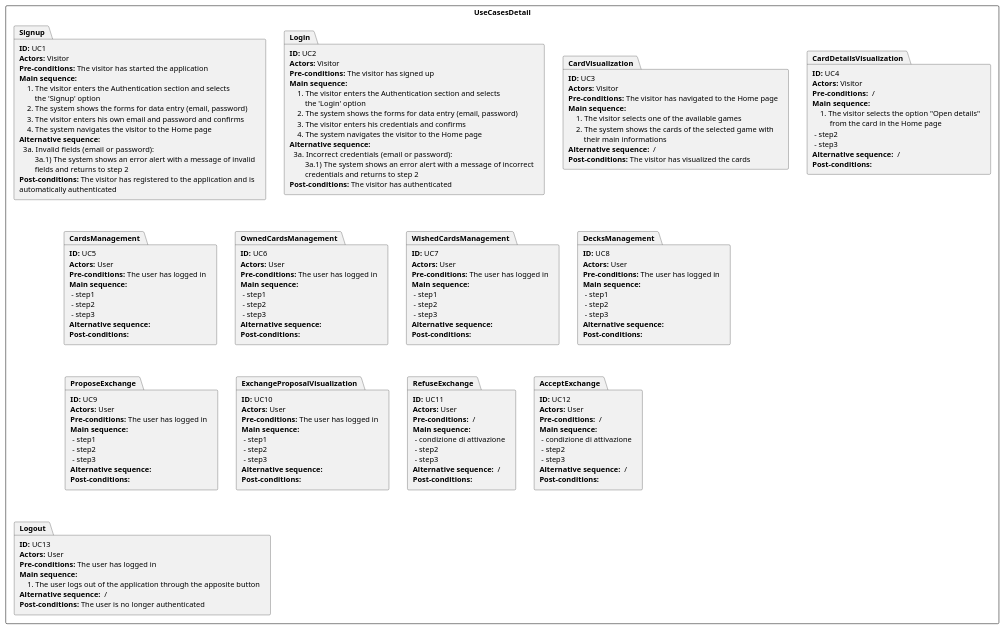
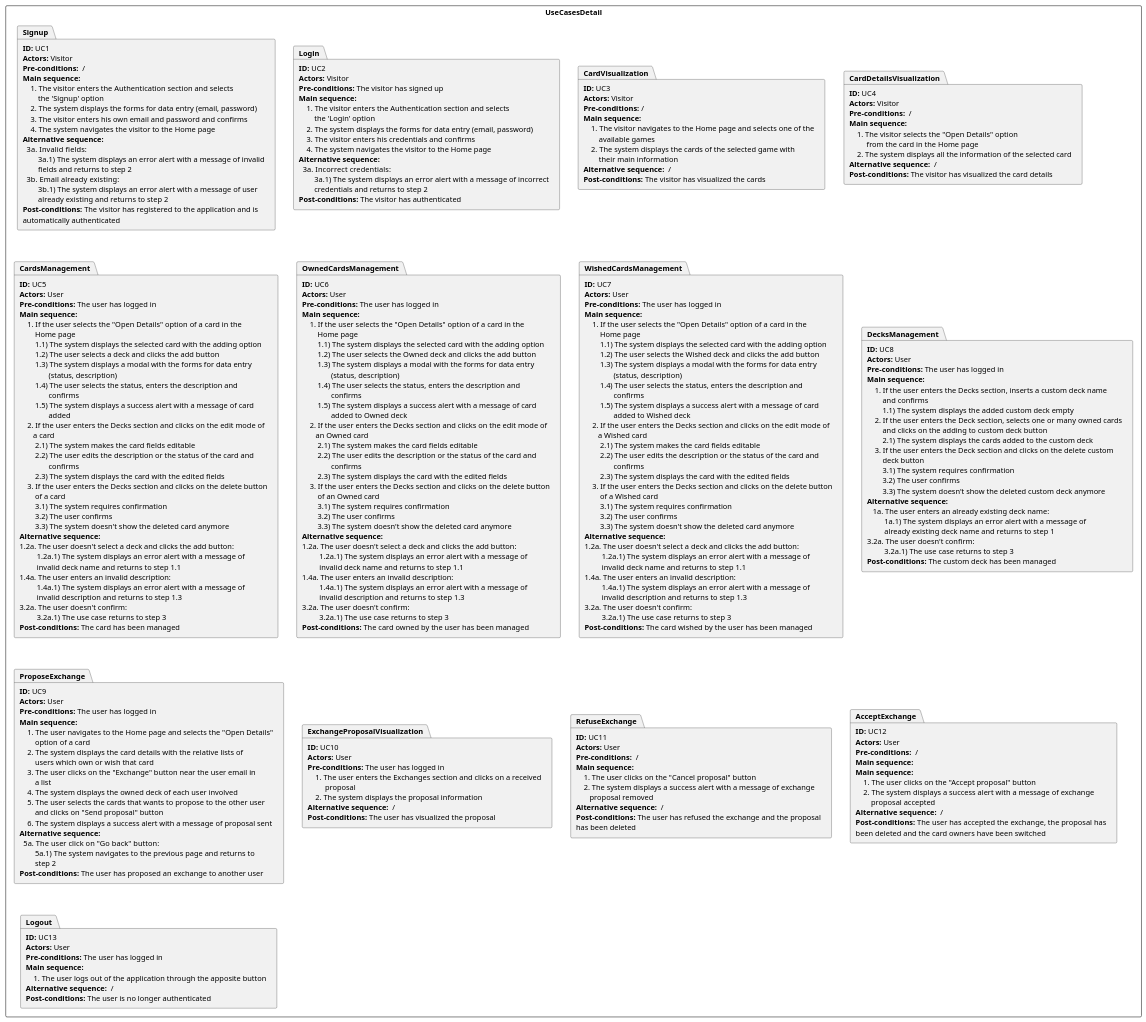
One commit to alessioarcara/Card-Exchange changed the diagram in DOC/Inception/Artifacts/UseCasesModel/UseCasesDetail.puml. Above: the diagram before and after it, drawn with PlantUML. The commit also changed 23 other files, not shown here.

```diff
--- a/DOC/Inception/Artifacts/UseCasesModel/UseCasesDetail.puml
+++ b/DOC/Inception/Artifacts/UseCasesModel/UseCasesDetail.puml
@@ -4,17 +4,20 @@
     package Signup [
     **ID:** UC1
     **Actors:** Visitor
-    **Pre-conditions:** The visitor has started the application
+    **Pre-conditions:**  /
     **Main sequence:**
         1. The visitor enters the Authentication section and selects
             the 'Signup' option
-        2. The system shows the forms for data entry (email, password)
+        2. The system displays the forms for data entry (email, password)
         3. The visitor enters his own email and password and confirms
         4. The system navigates the visitor to the Home page
     **Alternative sequence:**
-      3a.  Invalid fields (email or password):
-            3a.1) The system shows an error alert with a message of invalid
+      3a.  Invalid fields:
+            3a.1) The system displays an error alert with a message of invalid
             fields and returns to step 2
+      3b.  Email already existing:
+            3b.1) The system displays an error alert with a message of user
+            already existing and returns to step 2
     **Post-conditions:** The visitor has registered to the application and is
     automatically authenticated
     ]
@@ -26,12 +29,12 @@
     **Main sequence:**
         1. The visitor enters the Authentication section and selects
             the 'Login' option
-        2. The system shows the forms for data entry (email, password)
+        2. The system displays the forms for data entry (email, password)
         3. The visitor enters his credentials and confirms
         4. The system navigates the visitor to the Home page
     **Alternative sequence:**
-      3a.  Incorrect credentials (email or password):
-            3a.1) The system shows an error alert with a message of incorrect
+      3a.  Incorrect credentials:
+            3a.1) The system displays an error alert with a message of incorrect
             credentials and returns to step 2
     **Post-conditions:** The visitor has authenticated
     ]
@@ -39,11 +42,12 @@
     package CardVisualization [
     **ID:** UC3
     **Actors:** Visitor
-    **Pre-conditions:** The visitor has navigated to the Home page
+    **Pre-conditions:** /
     **Main sequence:**
-        1. The visitor selects one of the available games
-        2. The system shows the cards of the selected game with
-            their main informations
+        1. The visitor navigates to the Home page and selects one of the
+            available games
+        2. The system displays the cards of the selected game with
+            their main information
     **Alternative sequence:**  /
     **Post-conditions:** The visitor has visualized the cards
     ]
@@ -53,12 +57,11 @@
     **Actors:** Visitor
     **Pre-conditions:**  /
     **Main sequence:**
-        1. The visitor selects the option "Open details"
+        1. The visitor selects the "Open Details" option
              from the card in the Home page
-     - step2
-     - step3
+        2. The system displays all the information of the selected card
     **Alternative sequence:**  /
-    **Post-conditions:**
+    **Post-conditions:** The visitor has visualized the card details
     ]
 
     package CardsManagement [
@@ -66,11 +69,37 @@
     **Actors:** User
     **Pre-conditions:** The user has logged in
     **Main sequence:**
-     - step1
-     - step2
-     - step3
+        1. If the user selects the "Open Details" option of a card in the
+            Home page
+            1.1) The system displays the selected card with the adding option
+            1.2) The user selects a deck and clicks the add button
+            1.3) The system displays a modal with the forms for data entry
+                   (status, description)
+            1.4) The user selects the status, enters the description and
+                   confirms
+            1.5) The system displays a success alert with a message of card
+                   added
+        2. If the user enters the Decks section and clicks on the edit mode of
+           a card
+            2.1) The system makes the card fields editable
+            2.2) The user edits the description or the status of the card and
+                   confirms
+            2.3) The system displays the card with the edited fields
+        3. If the user enters the Decks section and clicks on the delete button
+            of a card
+            3.1) The system requires confirmation
+            3.2) The user confirms
+            3.3) The system doesn't show the deleted card anymore
     **Alternative sequence:**
-    **Post-conditions:**
+    1.2a. The user doesn't select a deck and clicks the add button:
+             1.2a.1) The system displays an error alert with a message of
+             invalid deck name and returns to step 1.1
+    1.4a. The user enters an invalid description:
+             1.4a.1) The system displays an error alert with a message of
+             invalid description and returns to step 1.3
+    3.2a. The user doesn't confirm:
+             3.2a.1) The use case returns to step 3
+    **Post-conditions:** The card has been managed
     ]
 
     package OwnedCardsManagement [
@@ -78,11 +107,37 @@
     **Actors:** User
     **Pre-conditions:** The user has logged in
     **Main sequence:**
-     - step1
-     - step2
-     - step3
+        1. If the user selects the "Open Details" option of a card in the
+            Home page
+            1.1) The system displays the selected card with the adding option
+            1.2) The user selects the Owned deck and clicks the add button
+            1.3) The system displays a modal with the forms for data entry
+                   (status, description)
+            1.4) The user selects the status, enters the description and
+                   confirms
+            1.5) The system displays a success alert with a message of card
+                   added to Owned deck
+        2. If the user enters the Decks section and clicks on the edit mode of
+           an Owned card
+            2.1) The system makes the card fields editable
+            2.2) The user edits the description or the status of the card and
+                   confirms
+            2.3) The system displays the card with the edited fields
+        3. If the user enters the Decks section and clicks on the delete button
+            of an Owned card
+            3.1) The system requires confirmation
+            3.2) The user confirms
+            3.3) The system doesn't show the deleted card anymore
     **Alternative sequence:**
-    **Post-conditions:**
+    1.2a. The user doesn't select a deck and clicks the add button:
+             1.2a.1) The system displays an error alert with a message of
+             invalid deck name and returns to step 1.1
+    1.4a. The user enters an invalid description:
+             1.4a.1) The system displays an error alert with a message of
+             invalid description and returns to step 1.3
+    3.2a. The user doesn't confirm:
+             3.2a.1) The use case returns to step 3
+    **Post-conditions:** The card owned by the user has been managed
     ]
 
     package WishedCardsManagement [
@@ -90,11 +145,37 @@
     **Actors:** User
     **Pre-conditions:** The user has logged in
     **Main sequence:**
-     - step1
-     - step2
-     - step3
+        1. If the user selects the "Open Details" option of a card in the
+            Home page
+            1.1) The system displays the selected card with the adding option
+            1.2) The user selects the Wished deck and clicks the add button
+            1.3) The system displays a modal with the forms for data entry
+                   (status, description)
+            1.4) The user selects the status, enters the description and
+                   confirms
+            1.5) The system displays a success alert with a message of card
+                   added to Wished deck
+        2. If the user enters the Decks section and clicks on the edit mode of
+           a Wished card
+            2.1) The system makes the card fields editable
+            2.2) The user edits the description or the status of the card and
+                   confirms
+            2.3) The system displays the card with the edited fields
+        3. If the user enters the Decks section and clicks on the delete button
+            of a Wished card
+            3.1) The system requires confirmation
+            3.2) The user confirms
+            3.3) The system doesn't show the deleted card anymore
     **Alternative sequence:**
-    **Post-conditions:**
+    1.2a. The user doesn't select a deck and clicks the add button:
+             1.2a.1) The system displays an error alert with a message of
+             invalid deck name and returns to step 1.1
+    1.4a. The user enters an invalid description:
+             1.4a.1) The system displays an error alert with a message of
+             invalid description and returns to step 1.3
+    3.2a. The user doesn't confirm:
+             3.2a.1) The use case returns to step 3
+    **Post-conditions:** The card wished by the user has been managed
     ]
 
     package DecksManagement [
@@ -102,11 +183,24 @@
     **Actors:** User
     **Pre-conditions:** The user has logged in
     **Main sequence:**
-     - step1
-     - step2
-     - step3
+        1. If the user enters the Decks section, inserts a custom deck name
+            and confirms
+            1.1) The system displays the added custom deck empty
+        2. If the user enters the Deck section, selects one or many owned cards
+            and clicks on the adding to custom deck button
+            2.1) The system displays the cards added to the custom deck
+        3. If the user enters the Deck section and clicks on the delete custom
+            deck button
+            3.1) The system requires confirmation
+            3.2) The user confirms
+            3.3) The system doesn't show the deleted custom deck anymore
     **Alternative sequence:**
-    **Post-conditions:**
+       1a. The user enters an already existing deck name:
+             1a.1) The system displays an error alert with a message of
+             already existing deck name and returns to step 1
+    3.2a. The user doesn't confirm:
+             3.2a.1) The use case returns to step 3
+    **Post-conditions:** The custom deck has been managed
     ]
 
     package ProposeExchange [
@@ -114,23 +208,32 @@
     **Actors:** User
     **Pre-conditions:** The user has logged in
     **Main sequence:**
-     - step1
-     - step2
-     - step3
+        1. The user navigates to the Home page and selects the "Open Details"
+            option of a card
+        2. The system displays the card details with the relative lists of
+            users which own or wish that card
+        3. The user clicks on the "Exchange" button near the user email in
+            a list
+        4. The system displays the owned deck of each user involved
+        5. The user selects the cards that wants to propose to the other user
+            and clicks on "Send proposal" button
+        6. The system displays a success alert with a message of proposal sent
     **Alternative sequence:**
-    **Post-conditions:**
+      5a.  The user click on "Go back" button:
+            5a.1) The system navigates to the previous page and returns to
+            step 2
+    **Post-conditions:** The user has proposed an exchange to another user
     ]
 
     package ExchangeProposalVisualization [
     **ID:** UC10
     **Actors:** User
     **Pre-conditions:** The user has logged in
-    **Main sequence:**
-     - step1
-     - step2
-     - step3
-    **Alternative sequence:**
-    **Post-conditions:**
+        1. The user enters the Exchanges section and clicks on a received
+             proposal
+        2. The system displays the proposal information
+    **Alternative sequence:**  /
+    **Post-conditions:** The user has visualized the proposal
     ]
 
     package RefuseExchange [
@@ -138,11 +241,12 @@
     **Actors:** User
     **Pre-conditions:**  /
     **Main sequence:**
-     - condizione di attivazione
-     - step2
-     - step3
+        1. The user clicks on the "Cancel proposal" button
+        2. The system displays a success alert with a message of exchange
+           proposal removed
     **Alternative sequence:**  /
-    **Post-conditions:**
+    **Post-conditions:** The user has refused the exchange and the proposal
+    has been deleted
     ]
 
     package AcceptExchange [
@@ -150,11 +254,13 @@
     **Actors:** User
     **Pre-conditions:**  /
     **Main sequence:**
-     - condizione di attivazione
-     - step2
-     - step3
+    **Main sequence:**
+        1. The user clicks on the "Accept proposal" button
+        2. The system displays a success alert with a message of exchange
+            proposal accepted
     **Alternative sequence:**  /
-    **Post-conditions:**
+    **Post-conditions:** The user has accepted the exchange, the proposal has
+    been deleted and the card owners have been switched
     ]
 
     package Logout [
```
